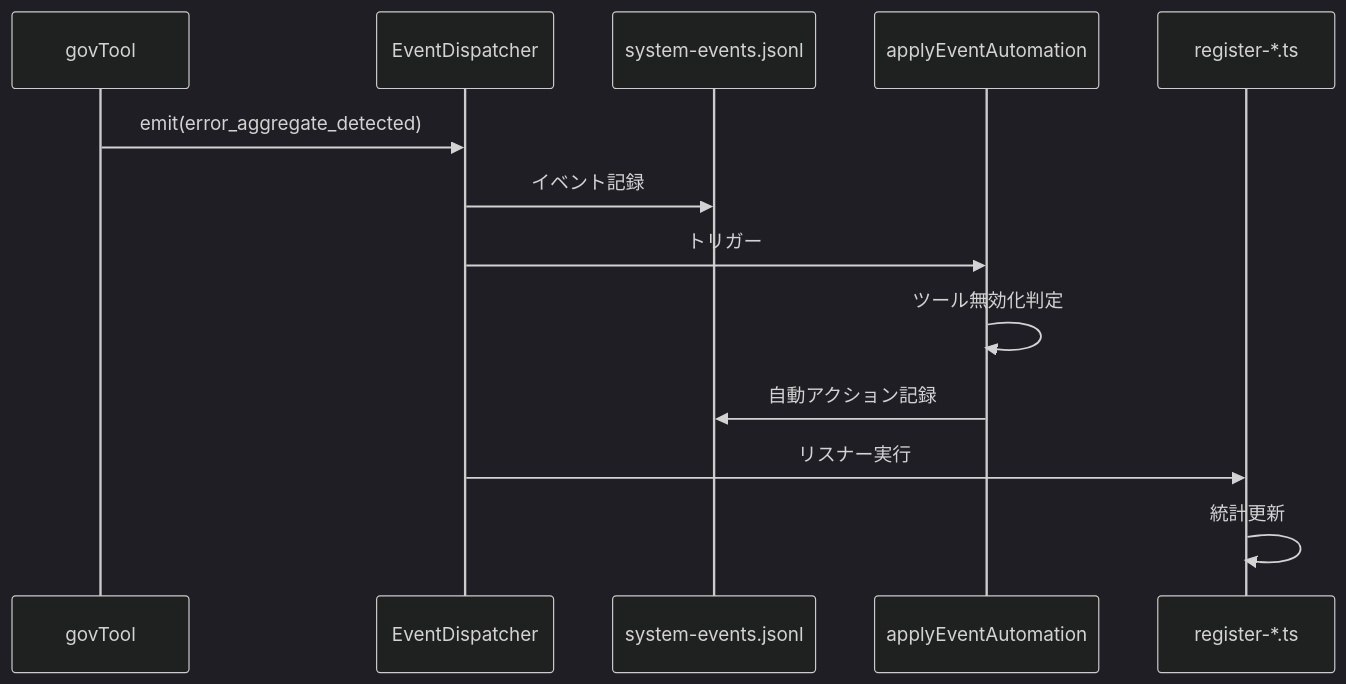
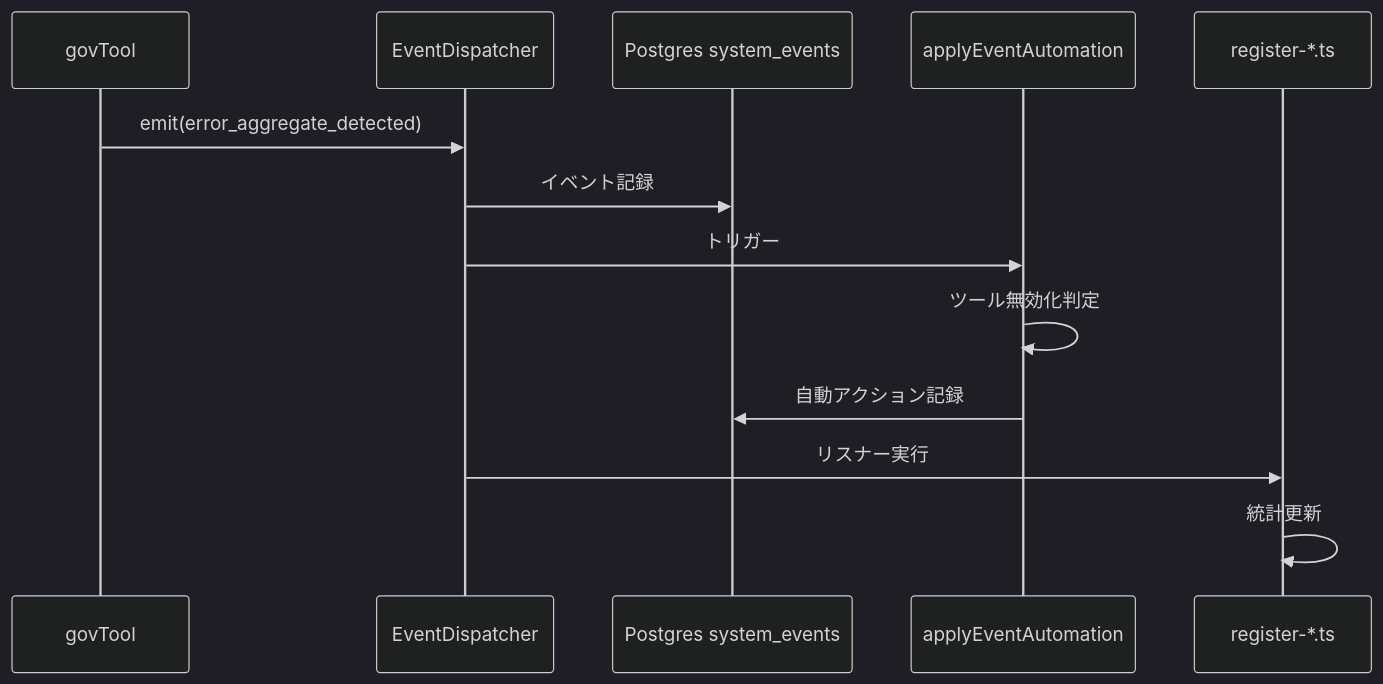
Before and after one commit to haruki10041999/SALESFORCE-AI-COMPANY: the eighth of 8 diagrams in docs/system-architecture-with-uml.md, drawn with Mermaid (dark theme). The commit also changed other lines of this file and 155 other files, not shown here.

````diff
--- a/docs/system-architecture-with-uml.md
+++ b/docs/system-architecture-with-uml.md
@@ -316,16 +314,16 @@
 ```mermaid
 sequenceDiagram
     participant Tool as govTool
     participant Event as EventDispatcher
-    participant Log as system-events.jsonl
+    participant Log as Postgres system_events
     participant Auto as applyEventAutomation
     participant Handler as register-*.ts
 
     Tool->>Event: emit(error_aggregate_detected)
     Event->>Log: イベント記録
     Event->>Auto: トリガー
     Auto->>Auto: ツール無効化判定
     Auto->>Log: 自動アクション記録
     Event->>Handler: リスナー実行
     Handler->>Handler: 統計更新
 ```
````
